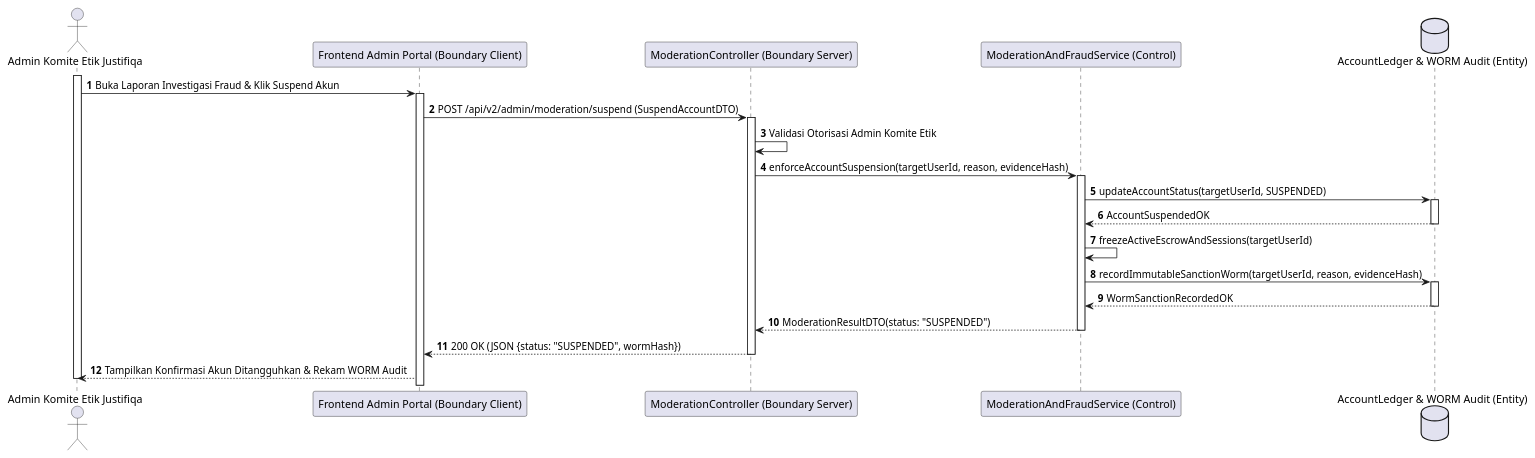
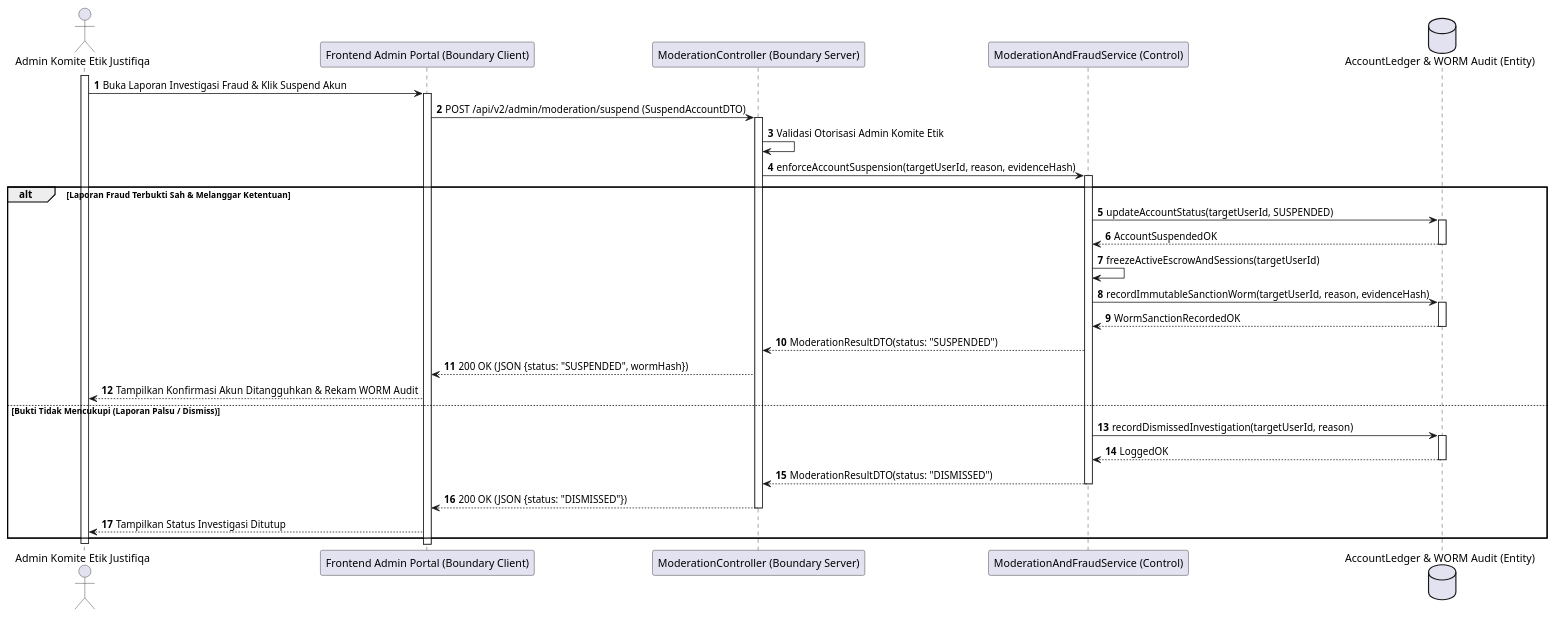
Before and after one commit to tupperwureism/SuperApp-Gagal: the tenth of 28 diagrams in MarkDown/plantuml_sequence_diagrams.md, drawn with PlantUML. The commit also changed other lines of this file and 1 other file, not shown here.

Commit message:
feat(sequence-diagrams): achieve 100% 1-to-1 branch fidelity between Sequence Diagrams and Activity Diagrams with 5-Lifeline BCE

````diff
--- a/MarkDown/plantuml_sequence_diagrams.md
+++ b/MarkDown/plantuml_sequence_diagrams.md
@@ -423,25 +484,34 @@
 ```plantuml
 @startuml
 autonumber
 actor "Admin Komite Etik Justifiqa" as User
 participant "Frontend Admin Portal (Boundary Client)" as B_FE
 participant "ModerationController (Boundary Server)" as B_BE
 participant "ModerationAndFraudService (Control)" as C_Svc
 database "AccountLedger & WORM Audit (Entity)" as E_DB
 
 activate User
 User -> B_FE ++ : Buka Laporan Investigasi Fraud & Klik Suspend Akun
 B_FE -> B_BE ++ : POST /api/v2/admin/moderation/suspend (SuspendAccountDTO)
 B_BE -> B_BE : Validasi Otorisasi Admin Komite Etik
 B_BE -> C_Svc ++ : enforceAccountSuspension(targetUserId, reason, evidenceHash)
-C_Svc -> E_DB ++ : updateAccountStatus(targetUserId, SUSPENDED)
-E_DB --> C_Svc -- : AccountSuspendedOK
-C_Svc -> C_Svc : freezeActiveEscrowAndSessions(targetUserId)
-C_Svc -> E_DB ++ : recordImmutableSanctionWorm(targetUserId, reason, evidenceHash)
-E_DB --> C_Svc -- : WormSanctionRecordedOK
-C_Svc --> B_BE -- : ModerationResultDTO(status: "SUSPENDED")
-B_BE --> B_FE -- : 200 OK (JSON {status: "SUSPENDED", wormHash})
-B_FE --> User : Tampilkan Konfirmasi Akun Ditangguhkan & Rekam WORM Audit
+
+alt Laporan Fraud Terbukti Sah & Melanggar Ketentuan
+    C_Svc -> E_DB ++ : updateAccountStatus(targetUserId, SUSPENDED)
+    E_DB --> C_Svc -- : AccountSuspendedOK
+    C_Svc -> C_Svc : freezeActiveEscrowAndSessions(targetUserId)
+    C_Svc -> E_DB ++ : recordImmutableSanctionWorm(targetUserId, reason, evidenceHash)
+    E_DB --> C_Svc -- : WormSanctionRecordedOK
+    C_Svc --> B_BE : ModerationResultDTO(status: "SUSPENDED")
+    B_BE --> B_FE : 200 OK (JSON {status: "SUSPENDED", wormHash})
+    B_FE --> User : Tampilkan Konfirmasi Akun Ditangguhkan & Rekam WORM Audit
+else Bukti Tidak Mencukupi (Laporan Palsu / Dismiss)
+    C_Svc -> E_DB ++ : recordDismissedInvestigation(targetUserId, reason)
+    E_DB --> C_Svc -- : LoggedOK
+    C_Svc --> B_BE -- : ModerationResultDTO(status: "DISMISSED")
+    B_BE --> B_FE -- : 200 OK (JSON {status: "DISMISSED"})
+    B_FE --> User : Tampilkan Status Investigasi Ditutup
+end
 deactivate User
 @enduml
 ```
````
